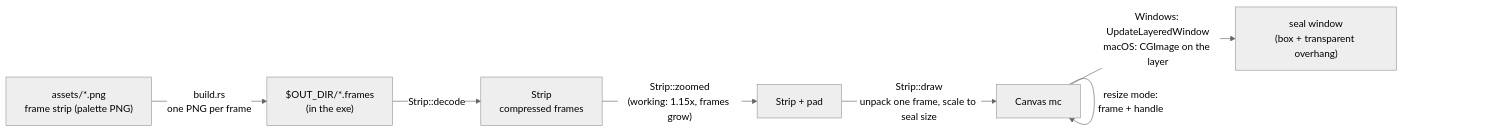
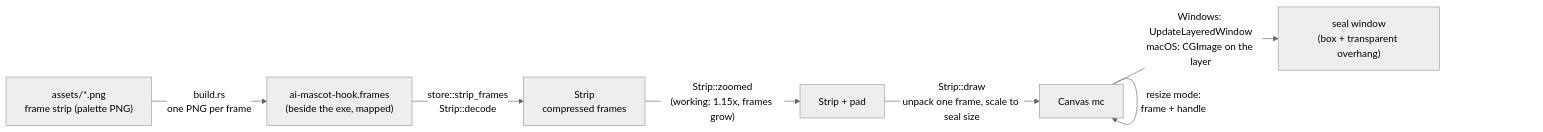
The fifth of 7 diagrams in docs/en/architecture.md (thanachaiakt/ai-mascot-hook), drawn with Mermaid (neutral theme) before and after one commit. The commit also changed 18 other files, not shown here.

````diff
--- a/docs/en/architecture.md
+++ b/docs/en/architecture.md
@@ -174,9 +174,9 @@
 ```mermaid
 flowchart LR
-    png["assets/*.png<br/>frame strip (palette PNG)"] -- "build.rs<br/>one PNG per frame" --> frames["$OUT_DIR/*.frames<br/>(in the exe)"]
-    frames -- "Strip::decode" --> strip["Strip<br/>compressed frames"]
+    png["assets/*.png<br/>frame strip (palette PNG)"] -- "build.rs<br/>one PNG per frame" --> frames["ai-mascot-hook.frames<br/>(beside the exe, mapped)"]
+    frames -- "store::strip_frames<br/>Strip::decode" --> strip["Strip<br/>compressed frames"]
     strip -- "Strip::zoomed<br/>(working: 1.15x, frames grow)" --> strip2["Strip + pad"]
     strip2 -- "Strip::draw<br/>unpack one frame, scale to seal size" --> mc["Canvas mc"]
     mc -- "resize mode:<br/>frame + handle" --> mc
     mc -- "Windows: UpdateLayeredWindow<br/>macOS: CGImage on the layer" --> win["seal window<br/>(box + transparent overhang)"]
 ```
````
